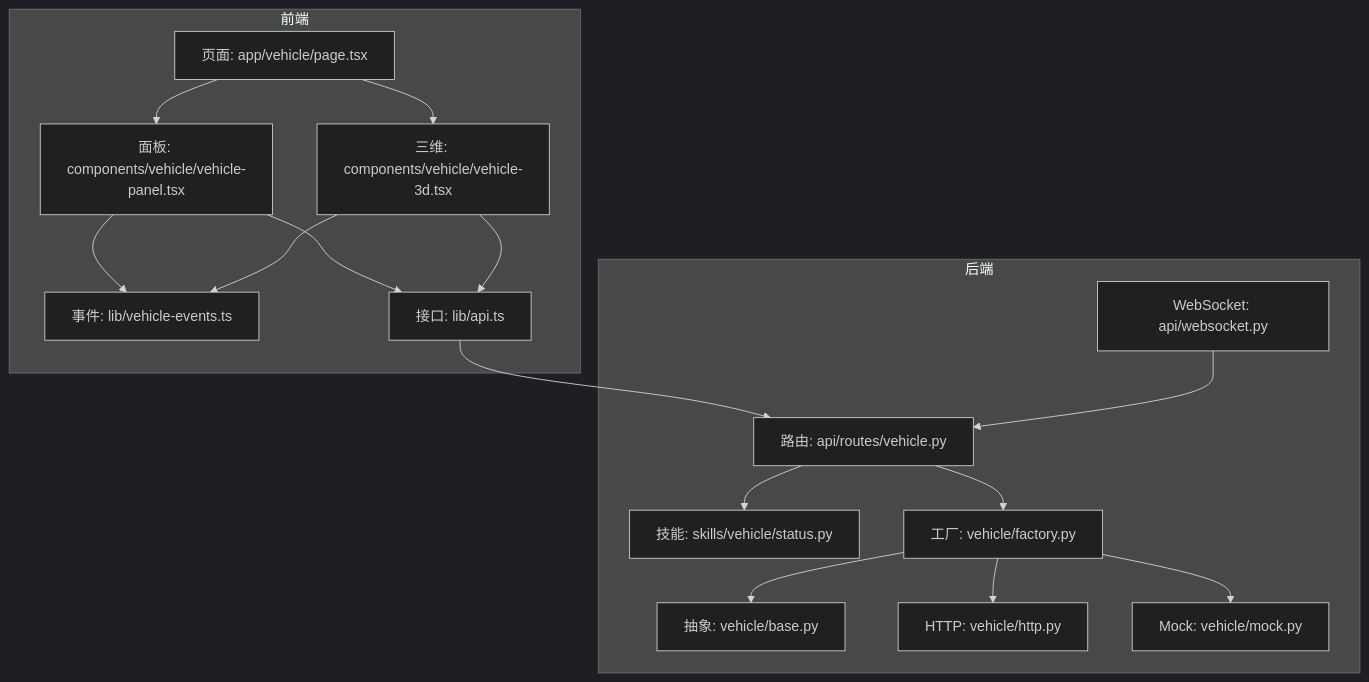
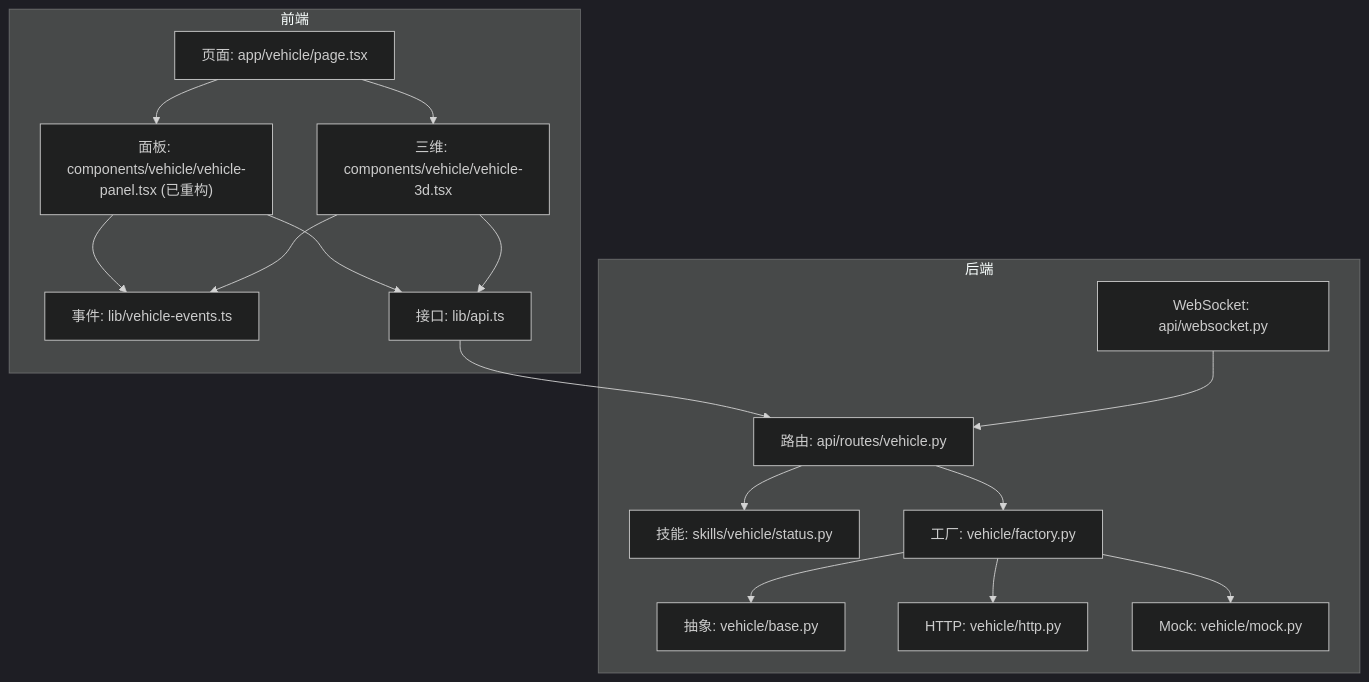
The first of 5 diagrams in .qoder/repowiki/zh/content/前端应用架构/功能组件/车辆控制组件.md (zmdhdu/NexusCockpit), drawn with Mermaid (dark theme) before and after one commit. The commit also changed other lines of this file and 16 other files, not shown here.

````diff
--- a/.qoder/repowiki/zh/content/前端应用架构/功能组件/车辆控制组件.md
+++ b/.qoder/repowiki/zh/content/前端应用架构/功能组件/车辆控制组件.md
@@ -62,32 +62,32 @@
 ```mermaid
 graph TB
 subgraph "前端"
 VPage["页面: app/vehicle/page.tsx"]
-Panel["面板: components/vehicle/vehicle-panel.tsx"]
+Panel["面板: components/vehicle/vehicle-panel.tsx (已重构)"]
 V3D["三维: components/vehicle/vehicle-3d.tsx"]
 Events["事件: lib/vehicle-events.ts"]
 API["接口: lib/api.ts"]
 end
 subgraph "后端"
 VRoute["路由: api/routes/vehicle.py"]
 WS["WebSocket: api/websocket.py"]
 SkillStatus["技能: skills/vehicle/status.py"]
 VBase["抽象: vehicle/base.py"]
 VFactory["工厂: vehicle/factory.py"]
 VHTTP["HTTP: vehicle/http.py"]
 VMock["Mock: vehicle/mock.py"]
 end
 VPage --> Panel
 VPage --> V3D
 Panel --> Events
 V3D --> Events
 Panel --> API
 V3D --> API
 API --> VRoute
 VRoute --> SkillStatus
 VRoute --> VFactory
 VFactory --> VBase
 VFactory --> VHTTP
 VFactory --> VMock
 WS --> VRoute
 ```
````
